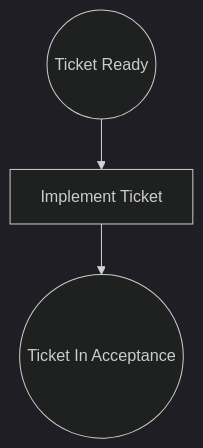
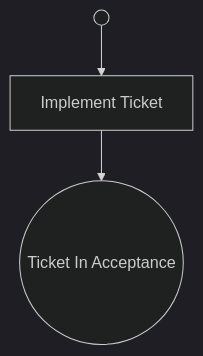
Before and after one commit to optivem/gh-optivem: the second of 53 diagrams in docs/process-diagram.md, drawn with Mermaid (dark theme). The commit also changed other lines of this file and 1 other file, not shown here.

First line of the commit message:
atdd: shrink event circles in process diagrams

````diff
--- a/docs/process-diagram.md
+++ b/docs/process-diagram.md
@@ -60,9 +62,9 @@
 ```mermaid
 flowchart TD
     END((Ticket In Acceptance))
     IMPLEMENT_TICKET[Implement Ticket]
-    START((Ticket Ready))
+    START(( ))
 
     START --> IMPLEMENT_TICKET
     IMPLEMENT_TICKET --> END
 ```
````
